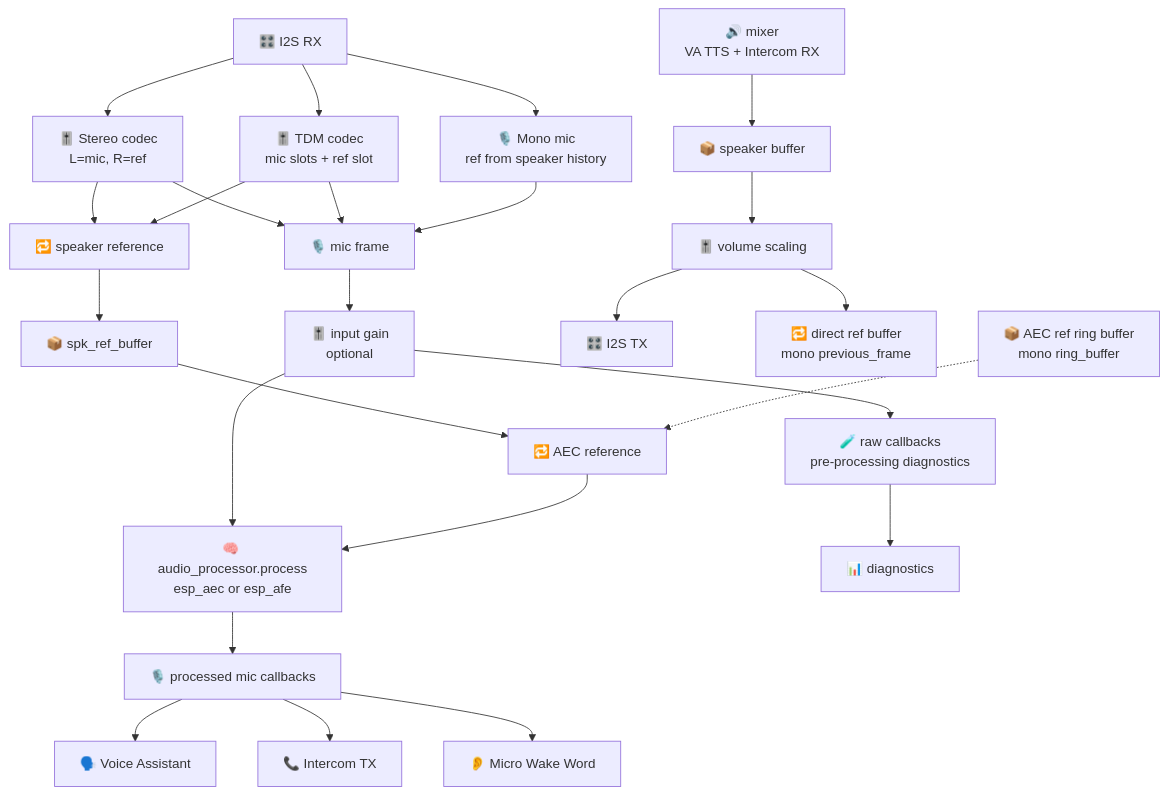
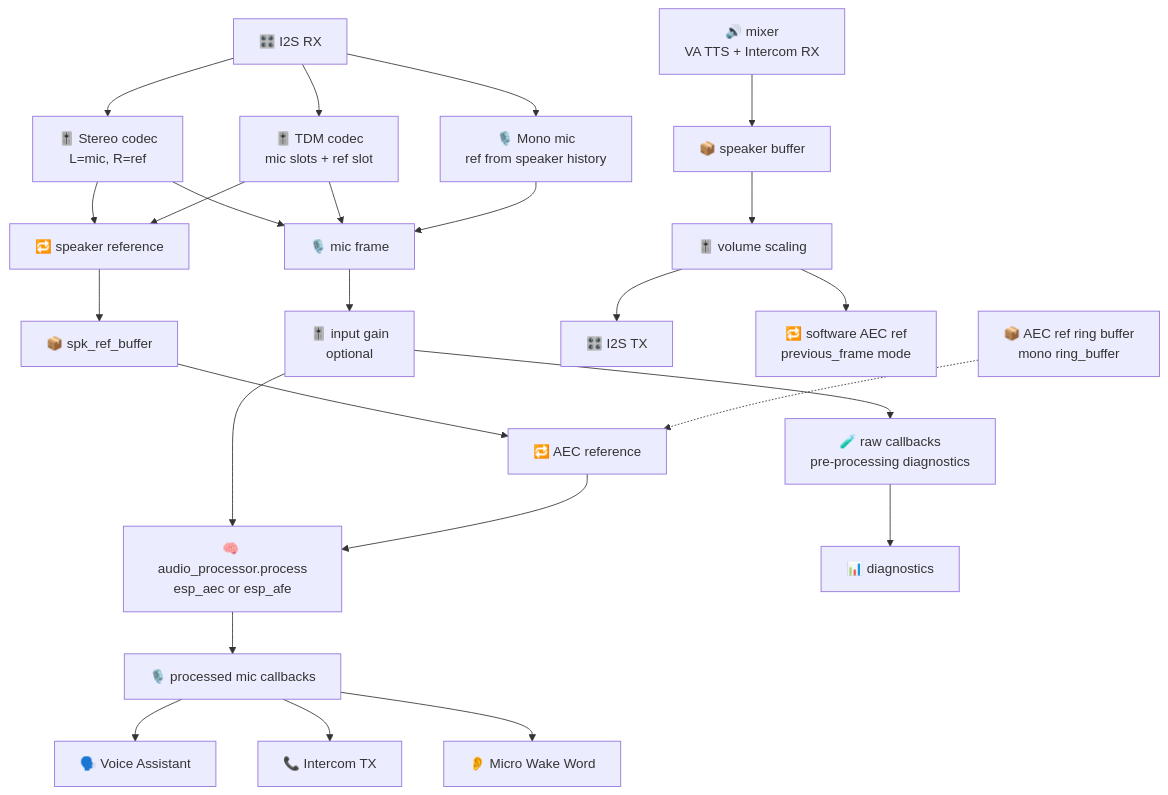
The diagram in esphome/components/esp_audio_stack/README.md (csfrussa/esphome-intercom), drawn with Mermaid before and after one commit. The commit also changed 28 other files, not shown here.

````diff
--- a/esphome/components/esp_audio_stack/README.md
+++ b/esphome/components/esp_audio_stack/README.md
@@ -142,33 +142,33 @@
 ```mermaid
 flowchart TD
     RX["🎛️ I2S RX"] --> Stereo["🎚️ Stereo codec<br/>L=mic, R=ref"]
     RX --> TDM["🎚️ TDM codec<br/>mic slots + ref slot"]
     RX --> Mono["🎙️ Mono mic<br/>ref from speaker history"]
 
     Stereo --> Mic["🎙️ mic frame"]
     Stereo --> Ref["🔁 speaker reference"]
     TDM --> Mic
     TDM --> Ref
     Mono --> Mic
 
     Mic --> Atten["🎚️ input gain<br/>optional"]
     Atten --> Raw["🧪 raw callbacks<br/>pre-processing diagnostics"]
     Atten --> Processor["🧠 audio_processor.process<br/>esp_aec or esp_afe"]
 
     Ref --> RefBuf["📦 spk_ref_buffer"]
     RefBuf --> AecRef["🔁 AEC reference"]
     AecRef --> Processor
 
     Raw --> Diag["📊 diagnostics"]
 
     Processor --> Post["🎙️ processed mic callbacks"]
     Post --> VA["🗣️ Voice Assistant"]
     Post --> ICT["📞 Intercom TX"]
     Post --> MWW["👂 Micro Wake Word"]
 
     Mixer["🔊 mixer<br/>VA TTS + Intercom RX"] --> SPK["📦 speaker buffer"]
     SPK --> VOL["🎚️ volume scaling"]
     VOL --> TX["🎛️ I2S TX"]
-    VOL --> DirectRef["🔁 direct ref buffer<br/>mono previous_frame"]
+    VOL --> DirectRef["🔁 software AEC ref<br/>previous_frame mode"]
     RingBuf["📦 AEC ref ring buffer<br/>mono ring_buffer"] -.-> AecRef
 ```
````
